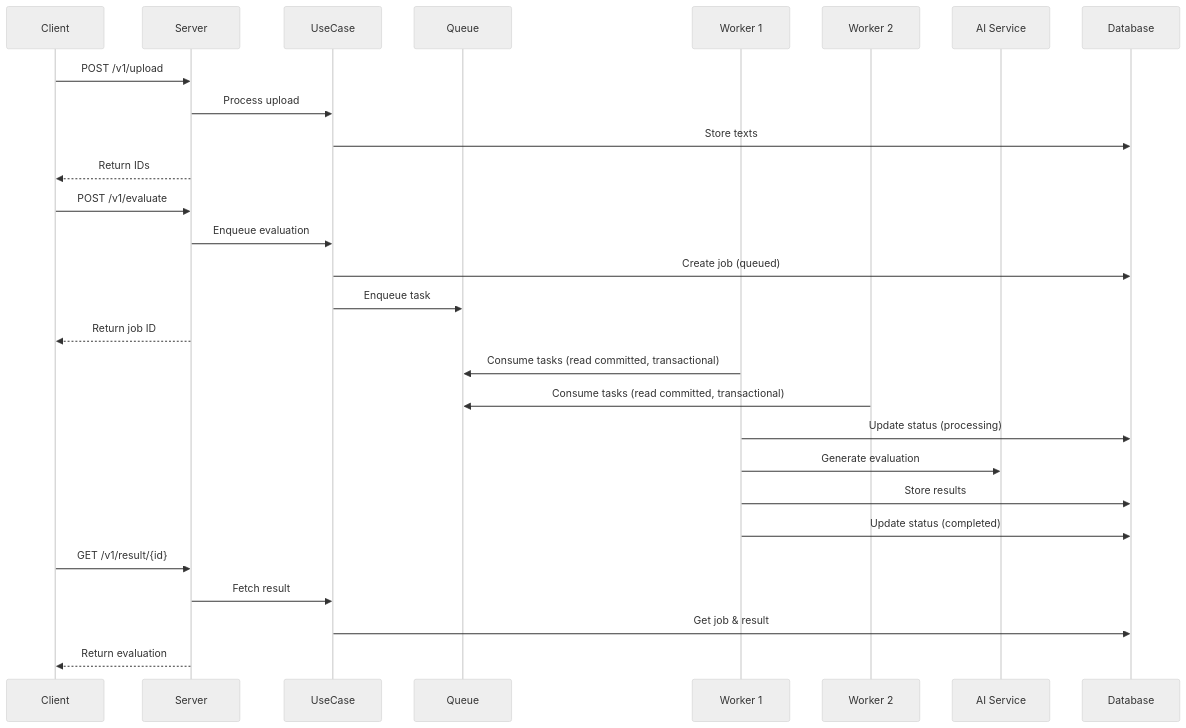
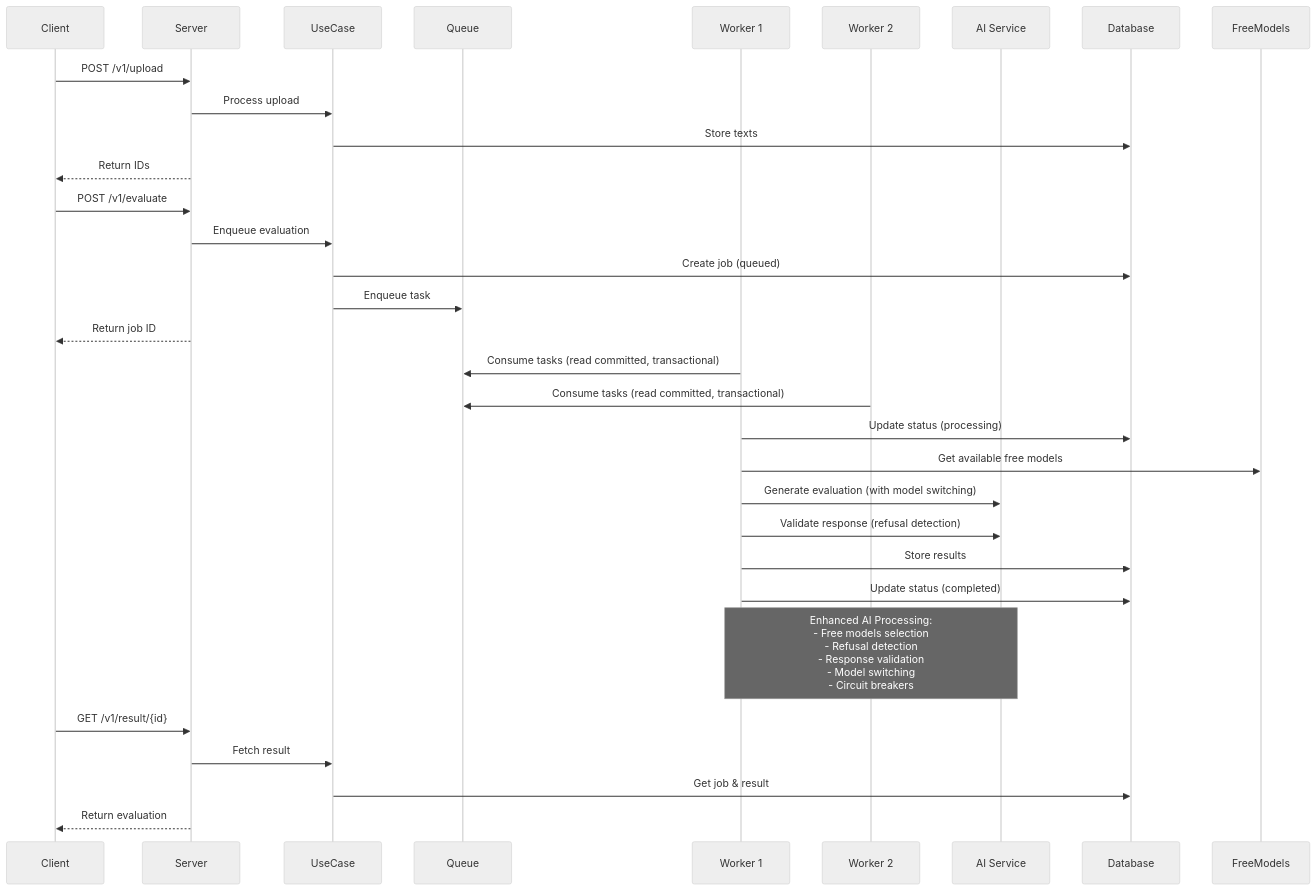
The second of 3 diagrams in docs/architecture/ARCHITECTURE.md (fairyhunter13/ai-cv-evaluator), drawn with Mermaid (neutral theme) before and after one commit. The commit also changed other lines of this file and 35 other files, not shown here.

````diff
--- a/docs/architecture/ARCHITECTURE.md
+++ b/docs/architecture/ARCHITECTURE.md
@@ -32,34 +38,38 @@
 ```mermaid
 sequenceDiagram
     participant C as Client
     participant S as Server
     participant U as UseCase
     participant Q as Queue
     participant W1 as Worker 1
     participant W2 as Worker 2
     participant AI as AI Service
     participant DB as Database
     
     C->>S: POST /v1/upload
     S->>U: Process upload
     U->>DB: Store texts
     S-->>C: Return IDs
     
     C->>S: POST /v1/evaluate
     S->>U: Enqueue evaluation
     U->>DB: Create job (queued)
     U->>Q: Enqueue task
     S-->>C: Return job ID
     
     W1->>Q: Consume tasks (read committed, transactional)
     W2->>Q: Consume tasks (read committed, transactional)
     W1->>DB: Update status (processing)
-    W1->>AI: Generate evaluation
+    W1->>FreeModels: Get available free models
+    W1->>AI: Generate evaluation (with model switching)
+    W1->>AI: Validate response (refusal detection)
     W1->>DB: Store results
     W1->>DB: Update status (completed)
+    
+    Note over W1,AI: Enhanced AI Processing:<br/>- Free models selection<br/>- Refusal detection<br/>- Response validation<br/>- Model switching<br/>- Circuit breakers
     
     C->>S: GET /v1/result/{id}
     S->>U: Fetch result
     U->>DB: Get job & result
     S-->>C: Return evaluation
 ```
````
